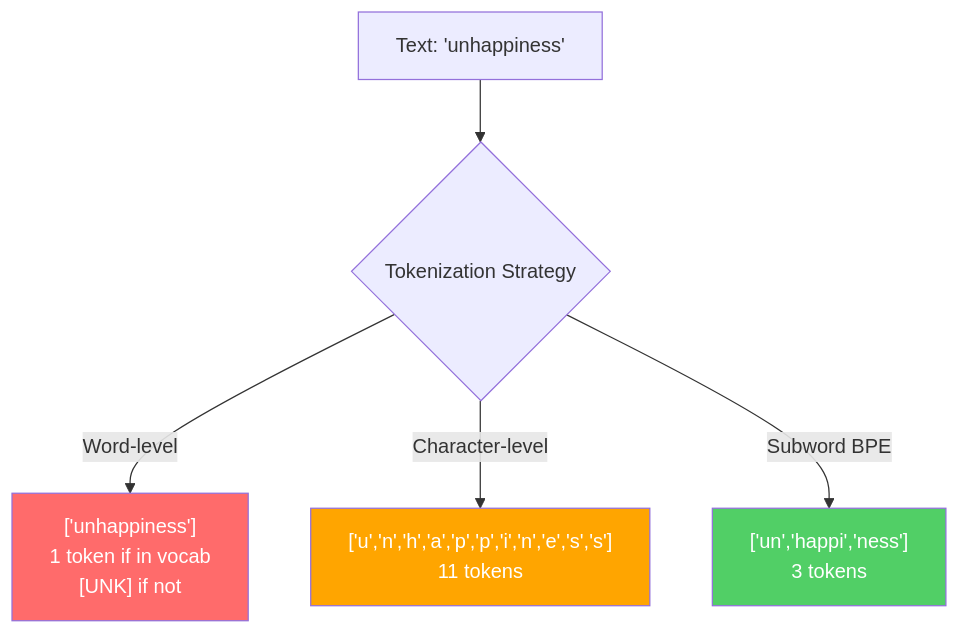
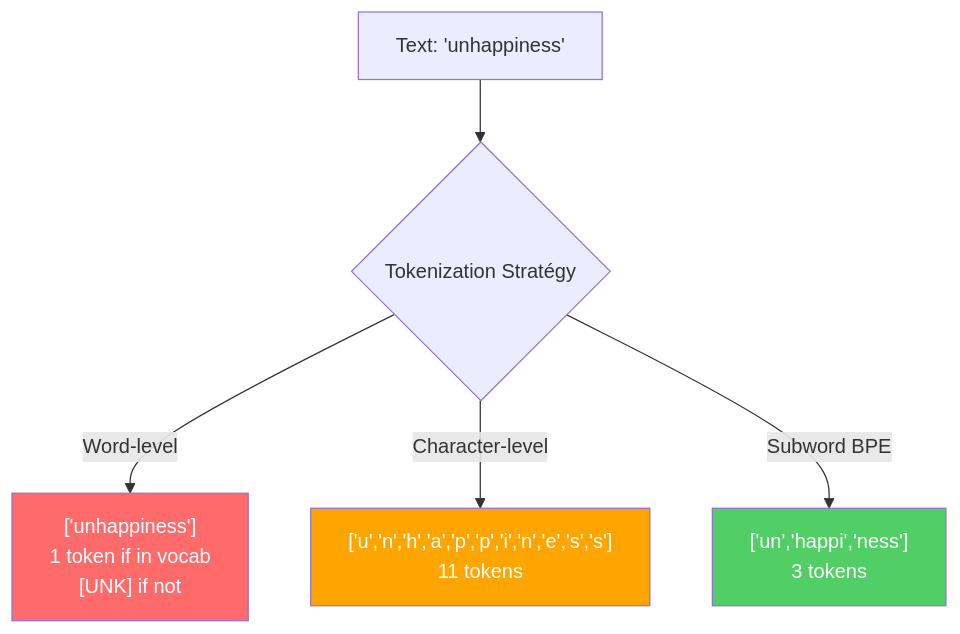
Before and after one commit to K3lvin-dev/ai-engineering-from-scratch: the first of 3 diagrams in phases/10-llms-from-scratch/01-tokenizers/docs/pt-br.md, drawn with Mermaid. The commit also changed other lines of this file and 23 other files, not shown here.

````diff
--- a/phases/10-llms-from-scratch/01-tokenizers/docs/pt-br.md
+++ b/phases/10-llms-from-scratch/01-tokenizers/docs/pt-br.md
@@ -41,11 +41,11 @@
 ```mermaid
 graph TD
-    A["Text: 'unhappiness'"] --> B{"Tokenization Strategy"}
+    A["Text: 'unhappiness'"] --> B{"Tokenization Stratégy"}
     B -->|Word-level| C["['unhappiness']\n1 token if in vocab\n[UNK] if not"]
     B -->|Character-level| D["['u','n','h','a','p','p','i','n','e','s','s']\n11 tokens"]
     B -->|Subword BPE| E["['un','happi','ness']\n3 tokens"]
 
     style C fill:#ff6b6b,color:#fff
     style D fill:#ffa500,color:#fff
     style E fill:#51cf66,color:#fff
 ```
````
